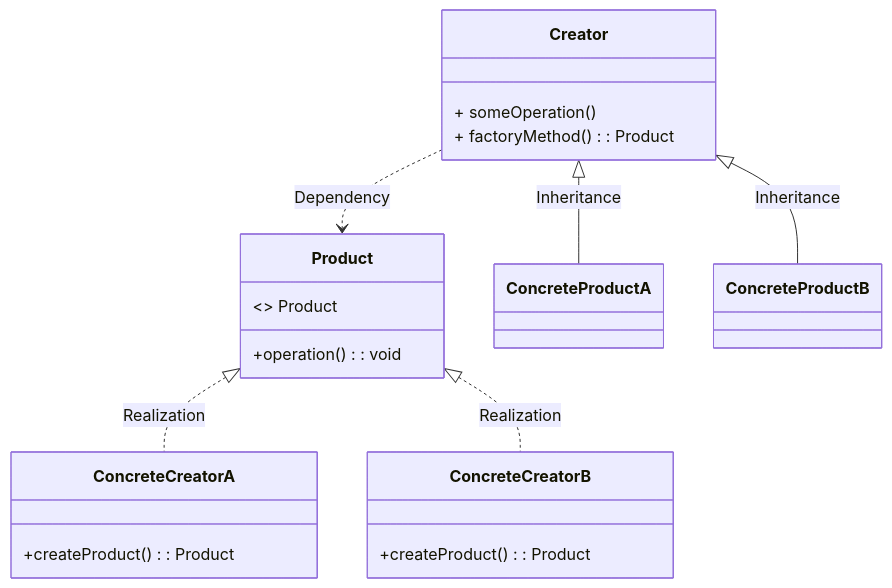
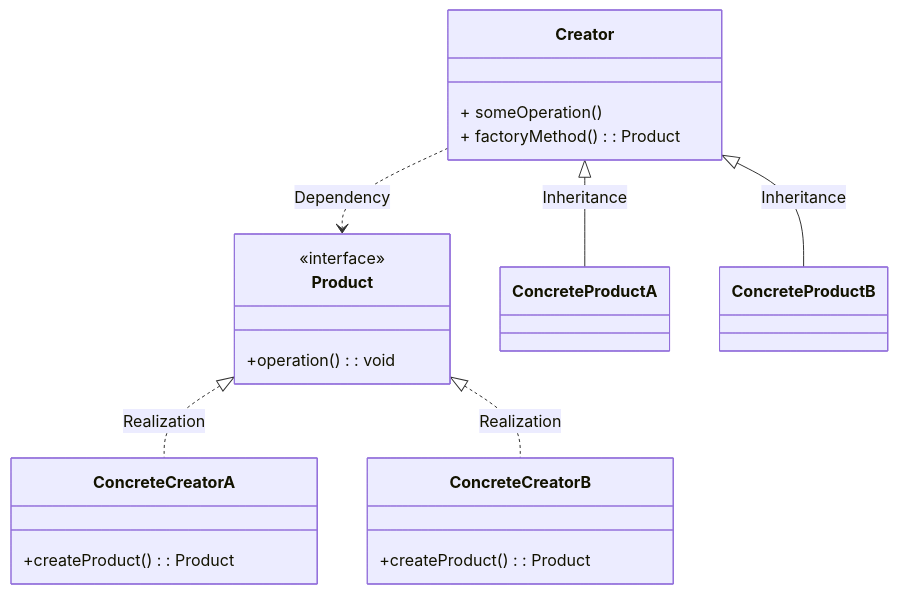
One commit to noteforme/noteforme.github.io changed the second of 3 diagrams in source/_posts/DesignPatterns_Factory.md. Above: the diagram before and after it, drawn with Mermaid. The commit also changed other lines of this file, not shown here.

````diff
--- a/source/_posts/DesignPatterns_Factory.md
+++ b/source/_posts/DesignPatterns_Factory.md
@@ -121,34 +121,34 @@
 ```mermaid
 classDiagram
   class Creator {
   	+ someOperation()
     + factoryMethod(): Product
   }
 
   class ConcreteCreatorA {
     +createProduct(): Product
   }
 
   class ConcreteCreatorB {
     +createProduct(): Product
   }
 
   class Product {
-    <<interface>> Product
+    <<interface>> 
     +operation(): void
   }
 
   class ConcreteProductA {
   }
 
   class ConcreteProductB {
   }
 
   Creator ..> Product : Dependency
 
   Creator <|-- ConcreteProductA : Inheritance
   Creator <|-- ConcreteProductB : Inheritance
   Product <|.. ConcreteCreatorA : Realization
   Product <|.. ConcreteCreatorB : Realization
 
 ```
````
